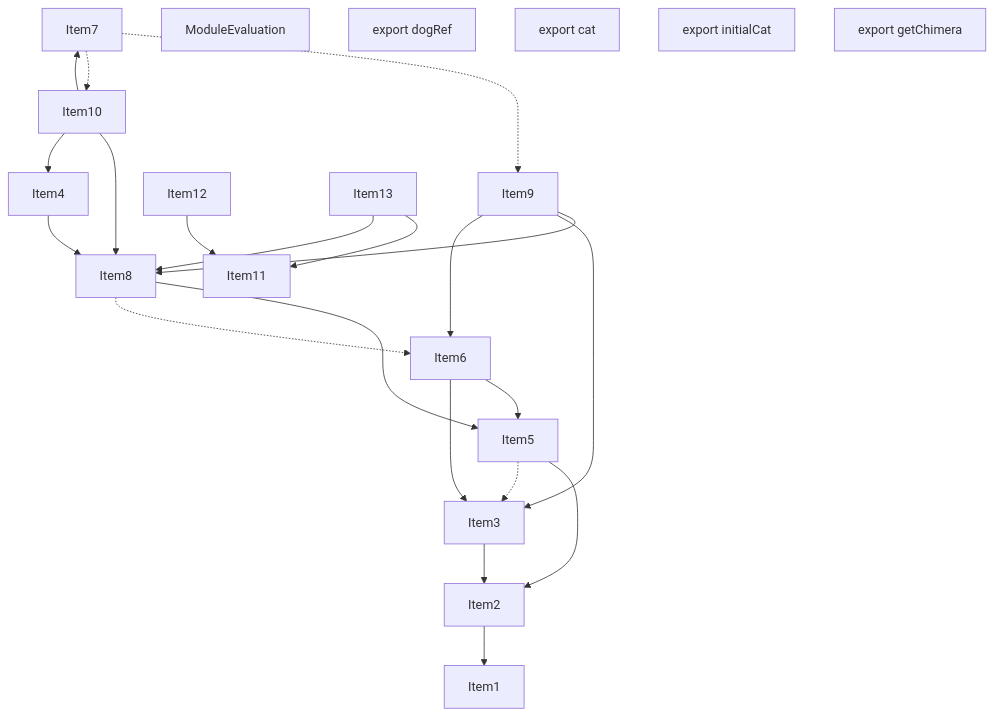
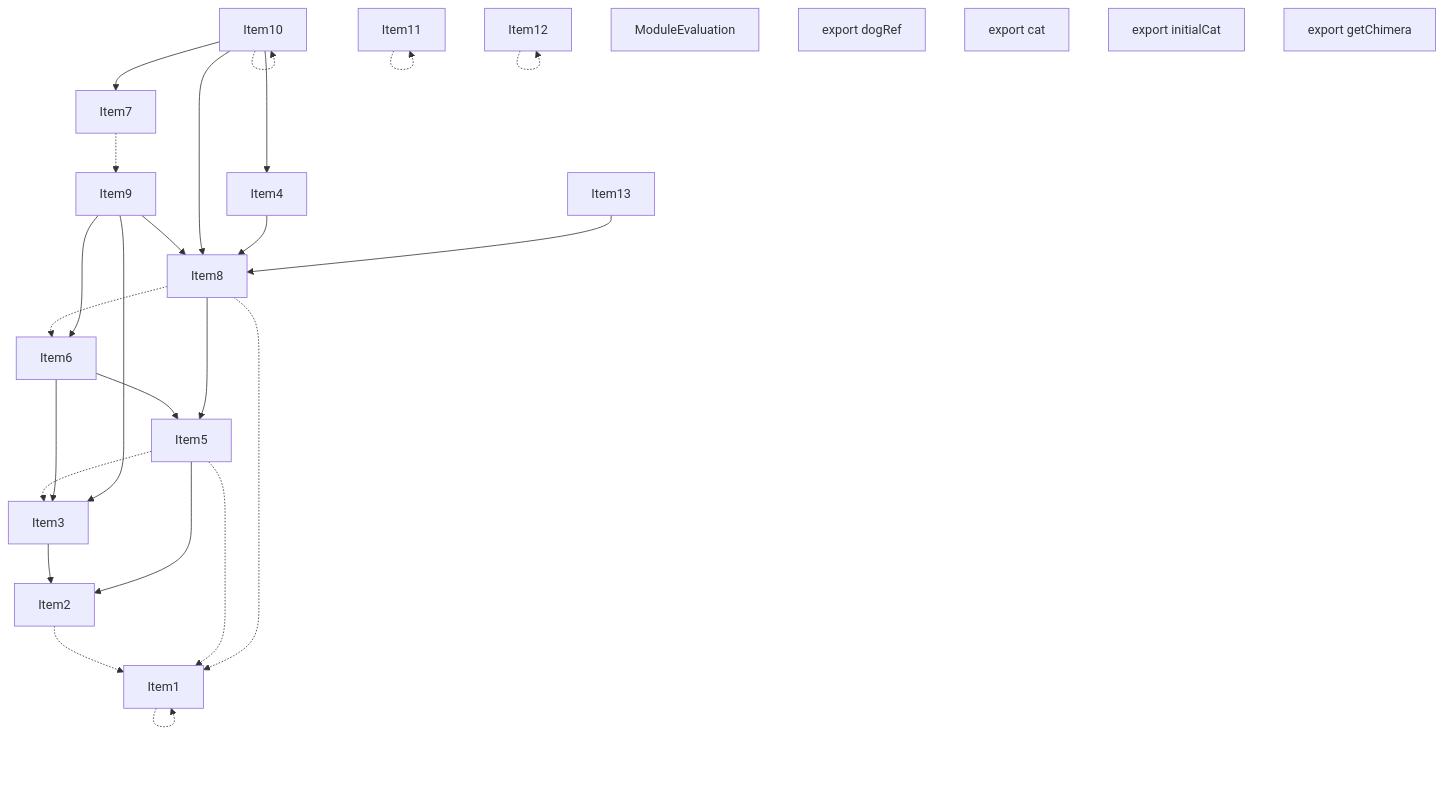
One commit to vercel/turborepo changed the third of 5 diagrams in crates/turbopack-ecmascript/tests/tree-shaker/analyzer/complex/output.md. Above: the diagram before and after it, drawn with Mermaid. The commit also changed other lines of this file and 20 other files, not shown here.

````diff
--- a/crates/turbopack-ecmascript/tests/tree-shaker/analyzer/complex/output.md
+++ b/crates/turbopack-ecmascript/tests/tree-shaker/analyzer/complex/output.md
@@ -223,46 +228,49 @@
 ```mermaid
 graph TD
     Item1;
     Item2;
     Item3;
     Item4;
     Item5;
     Item6;
     Item7;
     Item8;
     Item9;
     Item10;
     Item11;
     Item12;
     Item13;
     Item14;
     Item14["ModuleEvaluation"];
     Item15;
     Item15["export dogRef"];
     Item16;
     Item16["export cat"];
     Item17;
     Item17["export initialCat"];
     Item18;
     Item18["export getChimera"];
-    Item2 --> Item1;
+    Item1 -.-> Item1;
+    Item2 -.-> Item1;
     Item3 --> Item2;
     Item5 --> Item2;
     Item5 -.-> Item3;
+    Item5 -.-> Item1;
     Item6 --> Item5;
     Item6 --> Item3;
     Item8 --> Item5;
     Item8 -.-> Item6;
+    Item8 -.-> Item1;
     Item9 --> Item8;
     Item9 --> Item3;
     Item9 --> Item6;
     Item10 --> Item8;
     Item10 --> Item4;
     Item10 --> Item7;
-    Item12 --> Item11;
+    Item10 -.-> Item10;
+    Item11 -.-> Item11;
+    Item12 -.-> Item12;
     Item4 --> Item8;
     Item7 -.-> Item9;
-    Item7 -.-> Item10;
-    Item13 --> Item11;
     Item13 --> Item8;
 ```
````
